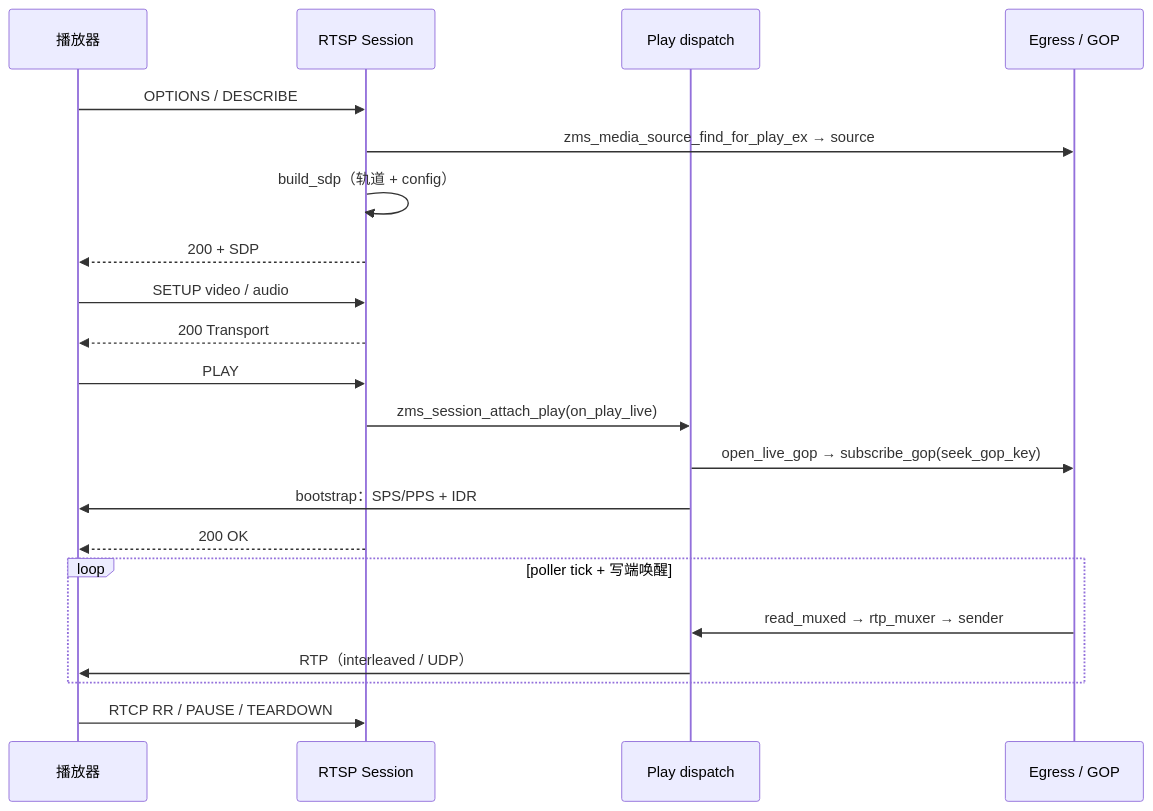
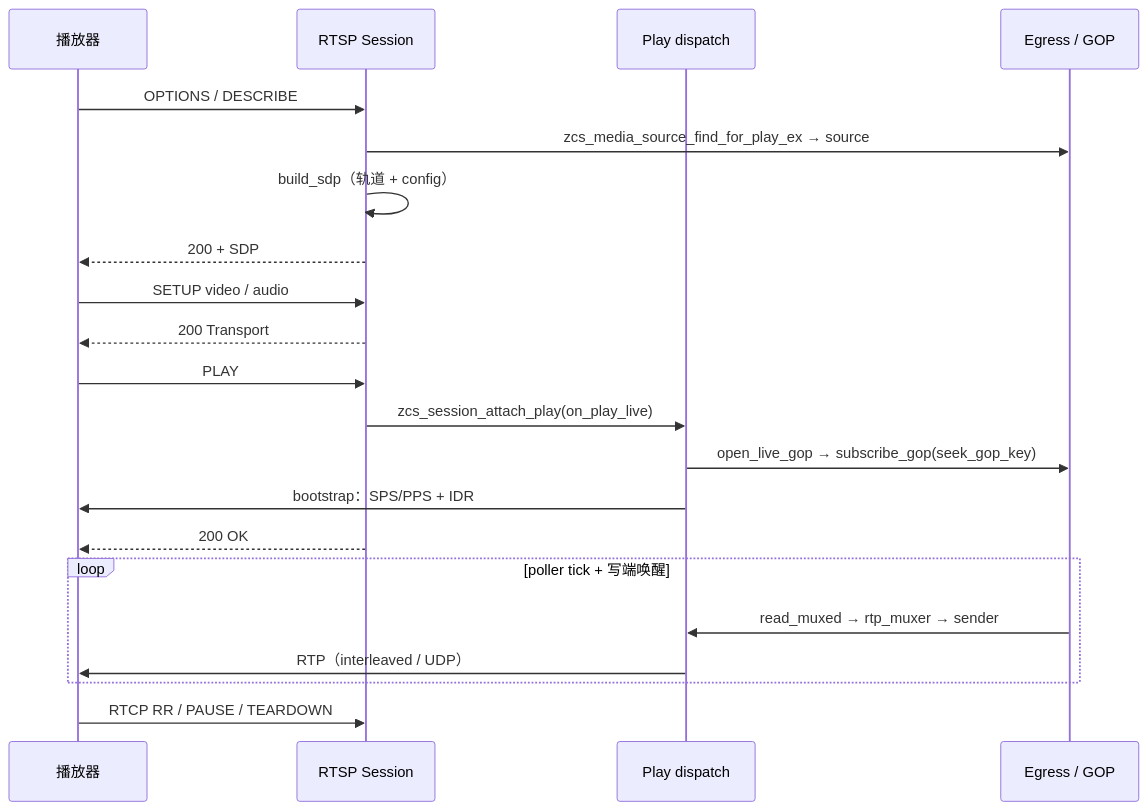
Before and after one commit to zero-pipe/zstorage: the fourth of 5 diagrams in docs/stream-pipeline.md, drawn with Mermaid. The commit also changed other lines of this file and 761 other files, not shown here.

First line of the commit message:
全局重命名: zms -> zcs (zero cloud storage)

````diff
--- a/docs/stream-pipeline.md
+++ b/docs/stream-pipeline.md
@@ -304,24 +304,24 @@
 ```mermaid
 sequenceDiagram
   participant P as 播放器
   participant S as RTSP Session
   participant D as Play dispatch
   participant E as Egress / GOP
 
   P->>S: OPTIONS / DESCRIBE
-  S->>E: zms_media_source_find_for_play_ex → source
+  S->>E: zcs_media_source_find_for_play_ex → source
   S->>S: build_sdp（轨道 + config）
   S-->>P: 200 + SDP
   P->>S: SETUP video / audio
   S-->>P: 200 Transport
   P->>S: PLAY
-  S->>D: zms_session_attach_play(on_play_live)
+  S->>D: zcs_session_attach_play(on_play_live)
   D->>E: open_live_gop → subscribe_gop(seek_gop_key)
   D->>P: bootstrap：SPS/PPS + IDR
   S-->>P: 200 OK
   loop poller tick + 写端唤醒
     E->>D: read_muxed → rtp_muxer → sender
     D->>P: RTP（interleaved / UDP）
   end
   P->>S: RTCP RR / PAUSE / TEARDOWN
 ```
````
